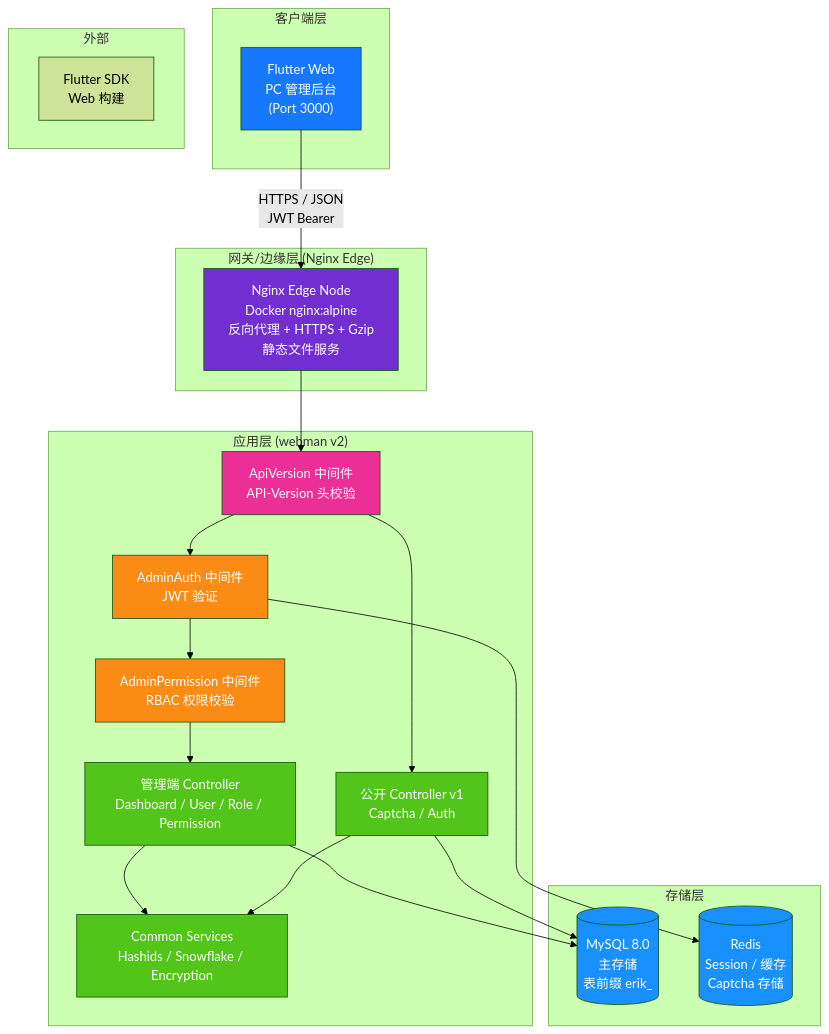
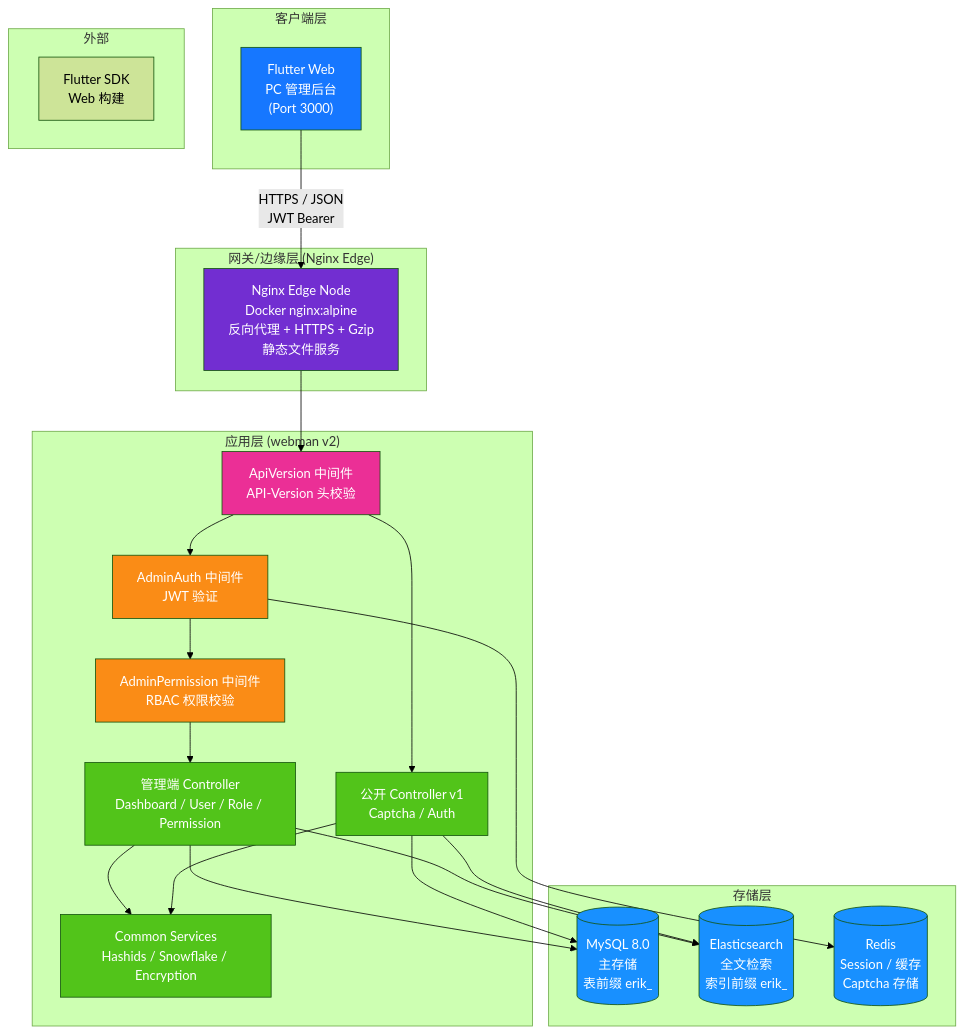
One commit to erikwang2013/social changed the first of 13 diagrams in admin/docs/ARCHITECTURE.en.md. Above: the diagram before and after it, drawn with Mermaid (forest theme). The commit also changed other lines of this file and 11 other files, not shown here.

````diff
--- a/admin/docs/ARCHITECTURE.en.md
+++ b/admin/docs/ARCHITECTURE.en.md
@@ -12,51 +12,55 @@
 ```mermaid
 flowchart TB
     subgraph "客户端层"
         A1["Flutter Web<br/>PC 管理后台<br/>(Port 3000)"]
     end
 
     subgraph "网关/边缘层 (Nginx Edge)"
         B1["Nginx Edge Node<br/>Docker nginx:alpine<br/>反向代理 + HTTPS + Gzip<br/>静态文件服务"]
     end
 
     subgraph "应用层 (webman v2)"
         C0["ApiVersion 中间件<br/>API-Version 头校验"]
         C1["AdminAuth 中间件<br/>JWT 验证"]
         C2["AdminPermission 中间件<br/>RBAC 权限校验"]
         C3["管理端 Controller<br/>Dashboard / User / Role / Permission"]
         C4["公开 Controller v1<br/>Captcha / Auth"]
         C5["Common Services<br/>Hashids / Snowflake / Encryption"]
     end
 
     subgraph "存储层"
         D1[("MySQL 8.0<br/>主存储<br/>表前缀 erik_")]
+        D2[("Elasticsearch<br/>全文检索<br/>索引前缀 erik_")]
         D3[("Redis<br/>Session / 缓存<br/>Captcha 存储")]
     end
 
     subgraph "外部"
         E2["Flutter SDK<br/>Web 构建"]
     end
 
     A1 -->|"HTTPS / JSON<br/>JWT Bearer"| B1
     B1 --> C0
     C0 --> C1
     C1 --> C2
     C2 --> C3
     C0 --> C4
     C3 --> C5
     C4 --> C5
     C3 --> D1
     C4 --> D1
+    C3 --> D2
+    C4 --> D2
     C1 --> D3
 
     style A1 fill:#1677FF,color:#fff
     style B1 fill:#722ED1,color:#fff
     style C0 fill:#EB2F96,color:#fff
     style C1 fill:#FA8C16,color:#fff
     style C2 fill:#FA8C16,color:#fff
     style C3 fill:#52C41A,color:#fff
     style C4 fill:#52C41A,color:#fff
     style C5 fill:#52C41A,color:#fff
     style D1 fill:#1890FF,color:#fff
+    style D2 fill:#1890FF,color:#fff
     style D3 fill:#1890FF,color:#fff
 ```
````
